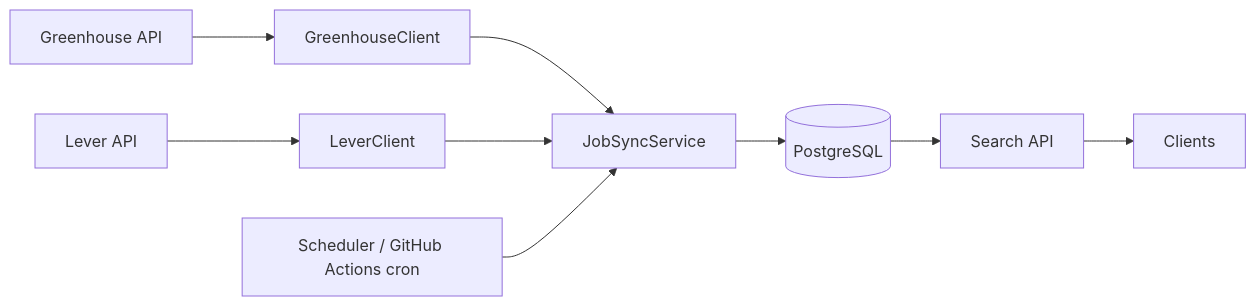
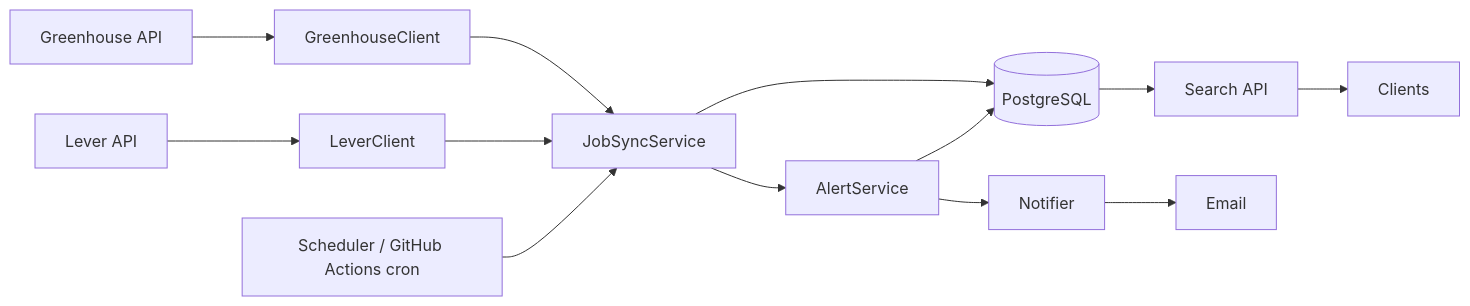
Before and after one commit to barakes/JobRadar: the diagram in README.md, drawn with Mermaid. The commit also changed other lines of this file, not shown here.

Commit message:
Update README with saved searches and email alerts

````diff
--- a/README.md
+++ b/README.md
@@ -41,11 +44,14 @@
 ```mermaid
 flowchart LR
     GH[Greenhouse API] --> C1[GreenhouseClient]
     LV[Lever API] --> C2[LeverClient]
     C1 --> S[JobSyncService]
     C2 --> S
     SCH[Scheduler / GitHub Actions cron] --> S
     S --> DB[(PostgreSQL)]
+    S --> A[AlertService]
+    A --> DB
+    A --> N[Notifier] --> M[Email]
     DB --> API[Search API]
     API --> U[Clients]
 ```
````
